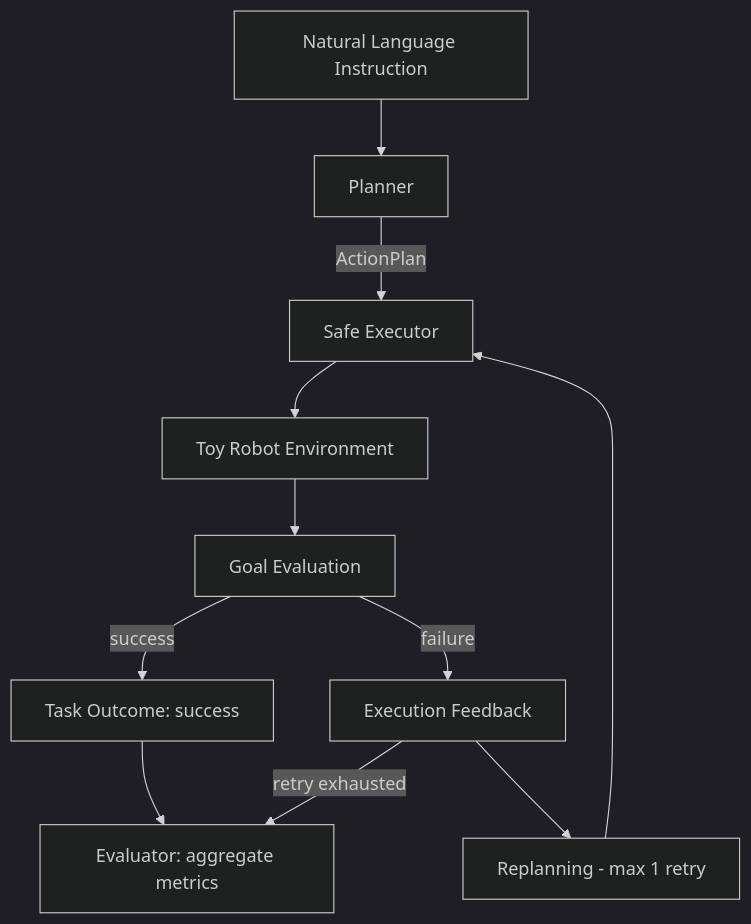
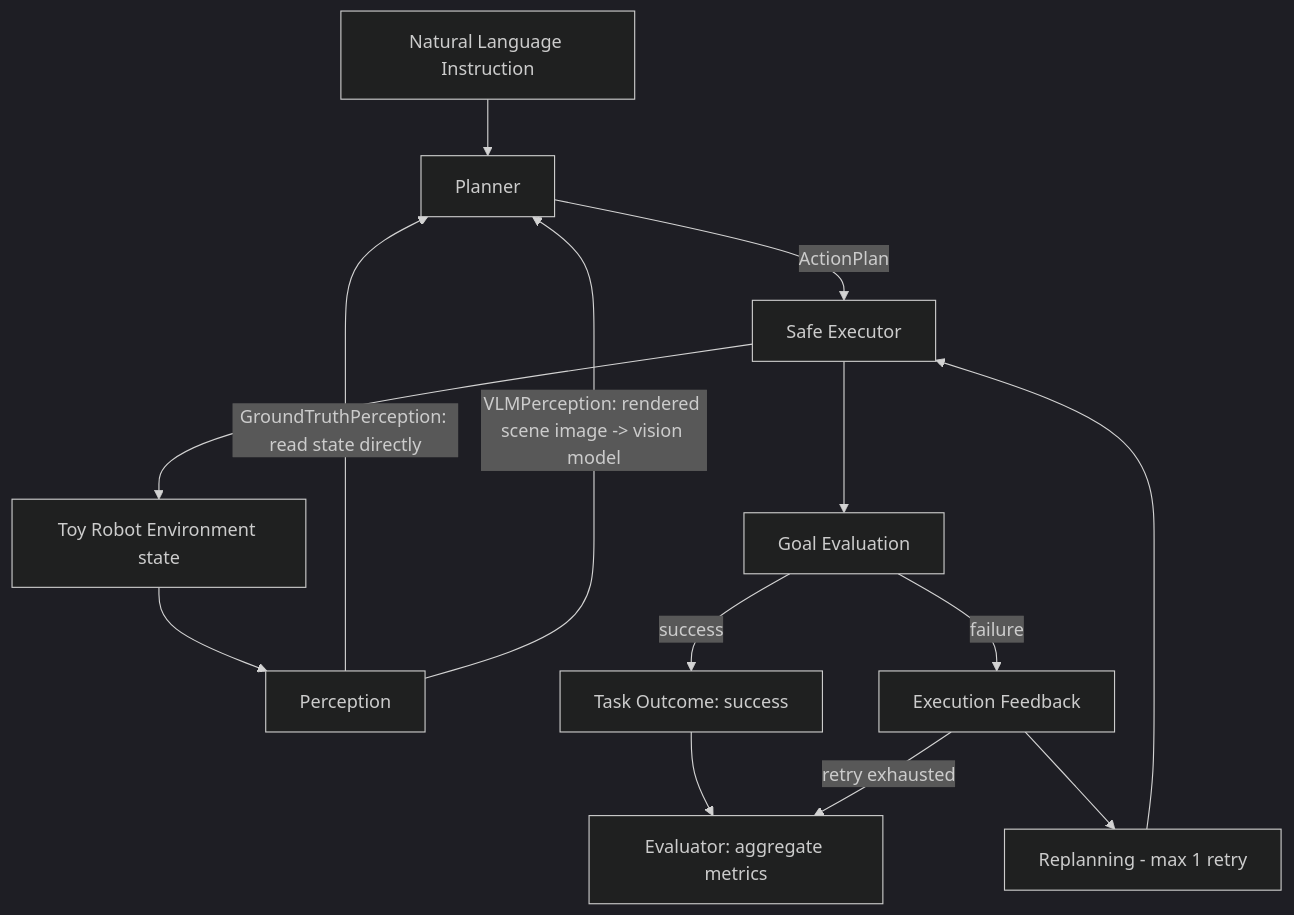
Before and after one commit to SayokoAkiike/GENIAC_CodeAsPolicy_Practice: the diagram in docs/architecture.md, drawn with Mermaid (dark theme). The commit also changed other lines of this file and 16 other files, not shown here.

Commit message:
Add VLM perception (Phase 4), render-scene CLI, and fix Rich markup bug in error messages

````diff
--- a/docs/architecture.md
+++ b/docs/architecture.md
@@ -5,13 +5,16 @@
 ```mermaid
 flowchart TD
-    A[Natural Language Instruction] --> B[Planner]
-    B -->|ActionPlan| C[Safe Executor]
-    C --> D[Toy Robot Environment]
+    A[Natural Language Instruction] --> C
+    Z[Toy Robot Environment state] --> P[Perception]
+    P -->|GroundTruthPerception: read state directly| C[Planner]
+    P -->|VLMPerception: rendered scene image -> vision model| C
+    C -->|ActionPlan| D[Safe Executor]
+    D --> Z
     D --> E[Goal Evaluation]
     E -->|success| F[Task Outcome: success]
     E -->|failure| G[Execution Feedback]
     G --> H[Replanning - max 1 retry]
-    H --> C
+    H --> D
     F --> I[Evaluator: aggregate metrics]
     G -->|retry exhausted| I
 ```
````
